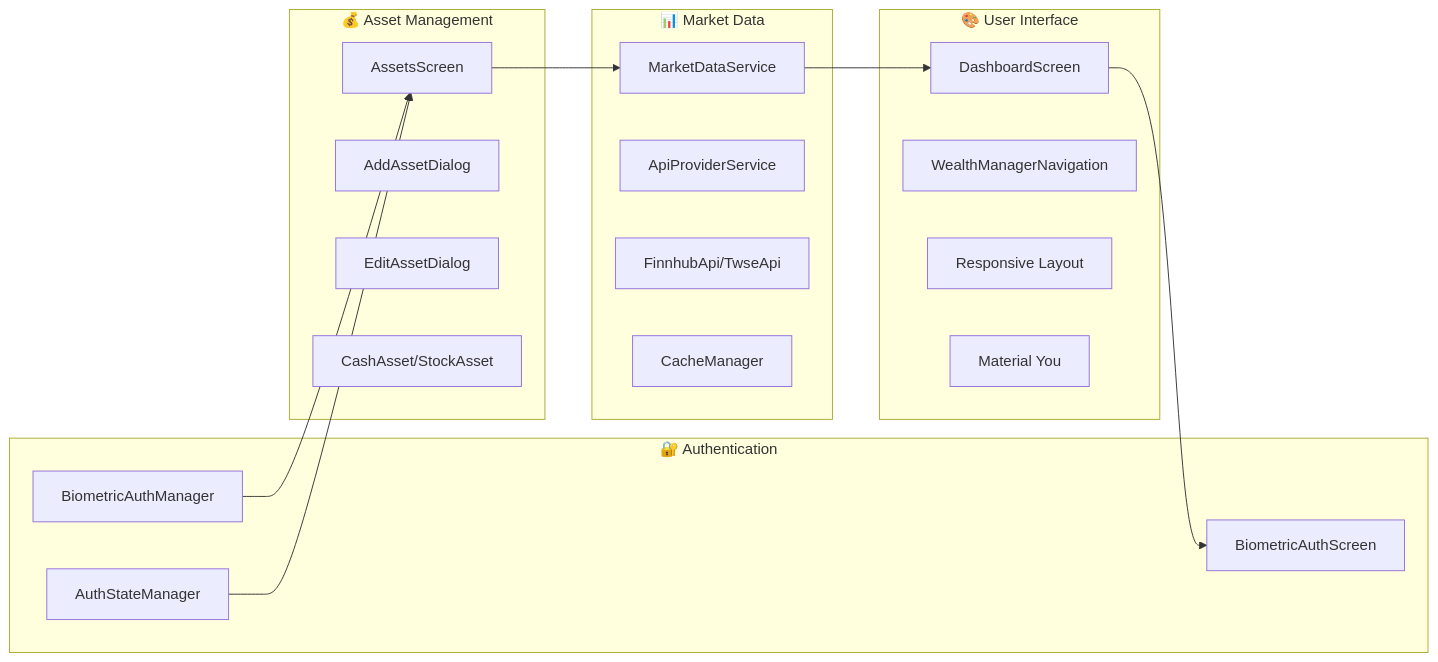
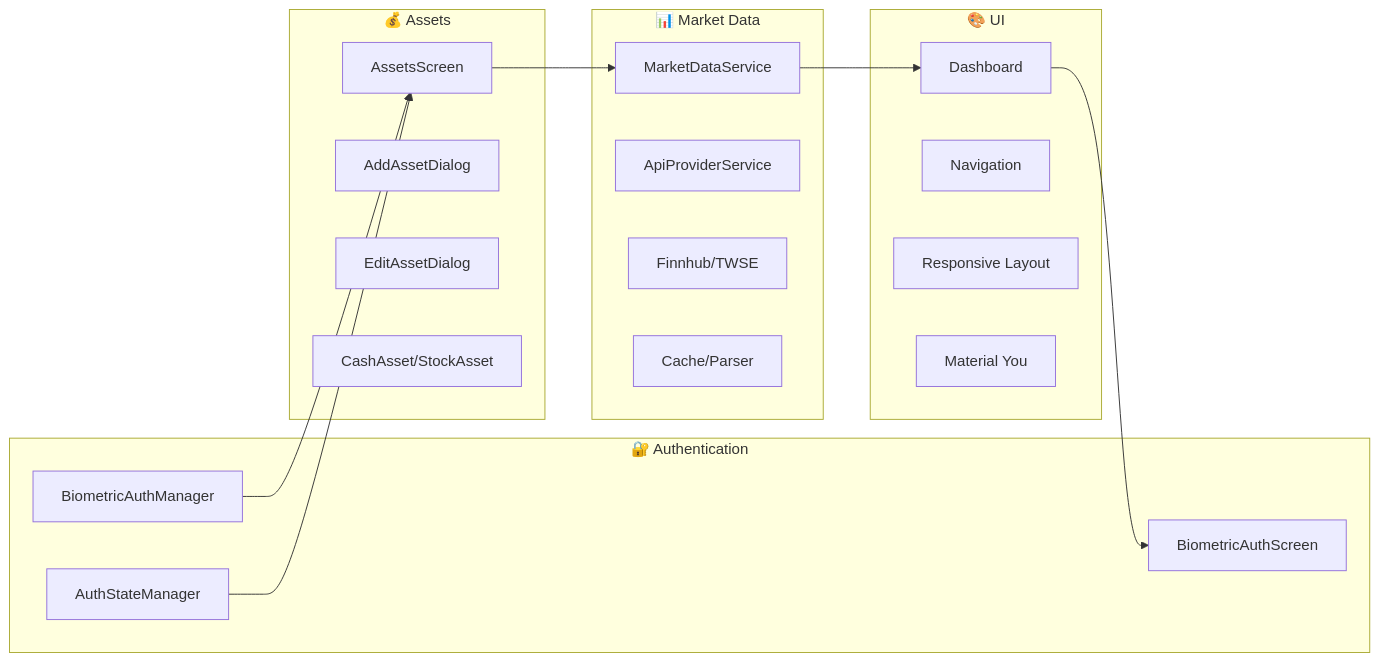
The second of 3 diagrams in README.md (kuoyaoming/Wealth-Manager), drawn with Mermaid before and after one commit. The commit also changed other lines of this file and 1 other file, not shown here.

````diff
--- a/README.md
+++ b/README.md
@@ -196,35 +146,35 @@
 ```mermaid
 graph LR
     subgraph "🔐 Authentication"
         A1[BiometricAuthManager]
         A2[AuthStateManager]
         A3[BiometricAuthScreen]
     end
-    
-    subgraph "💰 Asset Management"
+
+    subgraph "💰 Assets"
         B1[AssetsScreen]
         B2[AddAssetDialog]
         B3[EditAssetDialog]
         B4[CashAsset/StockAsset]
     end
-    
+
     subgraph "📊 Market Data"
         C1[MarketDataService]
         C2[ApiProviderService]
-        C3[FinnhubApi/TwseApi]
-        C4[CacheManager]
+        C3[Finnhub/TWSE]
+        C4[Cache/Parser]
     end
-    
-    subgraph "🎨 User Interface"
-        D1[DashboardScreen]
-        D2[WealthManagerNavigation]
+
+    subgraph "🎨 UI"
+        D1[Dashboard]
+        D2[Navigation]
         D3[Responsive Layout]
         D4[Material You]
     end
-    
+
     A1 --> B1
     A2 --> B1
     B1 --> C1
     C1 --> D1
     D1 --> A3
 ```
````
